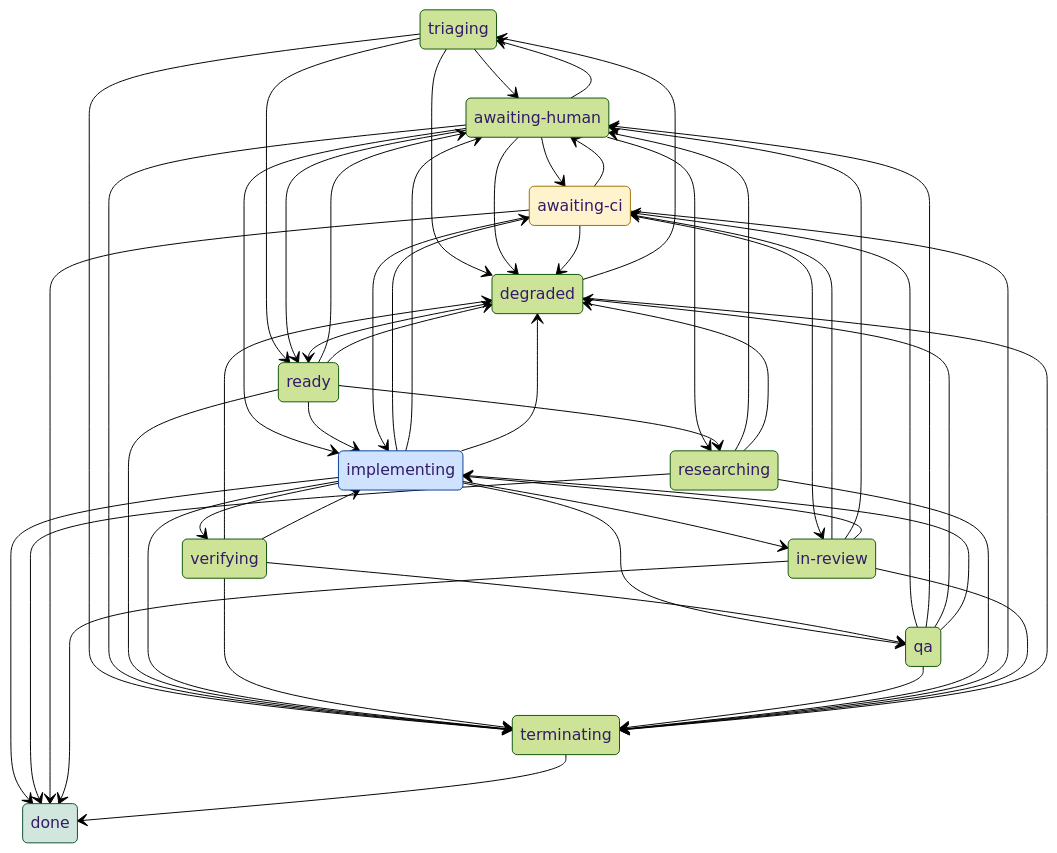
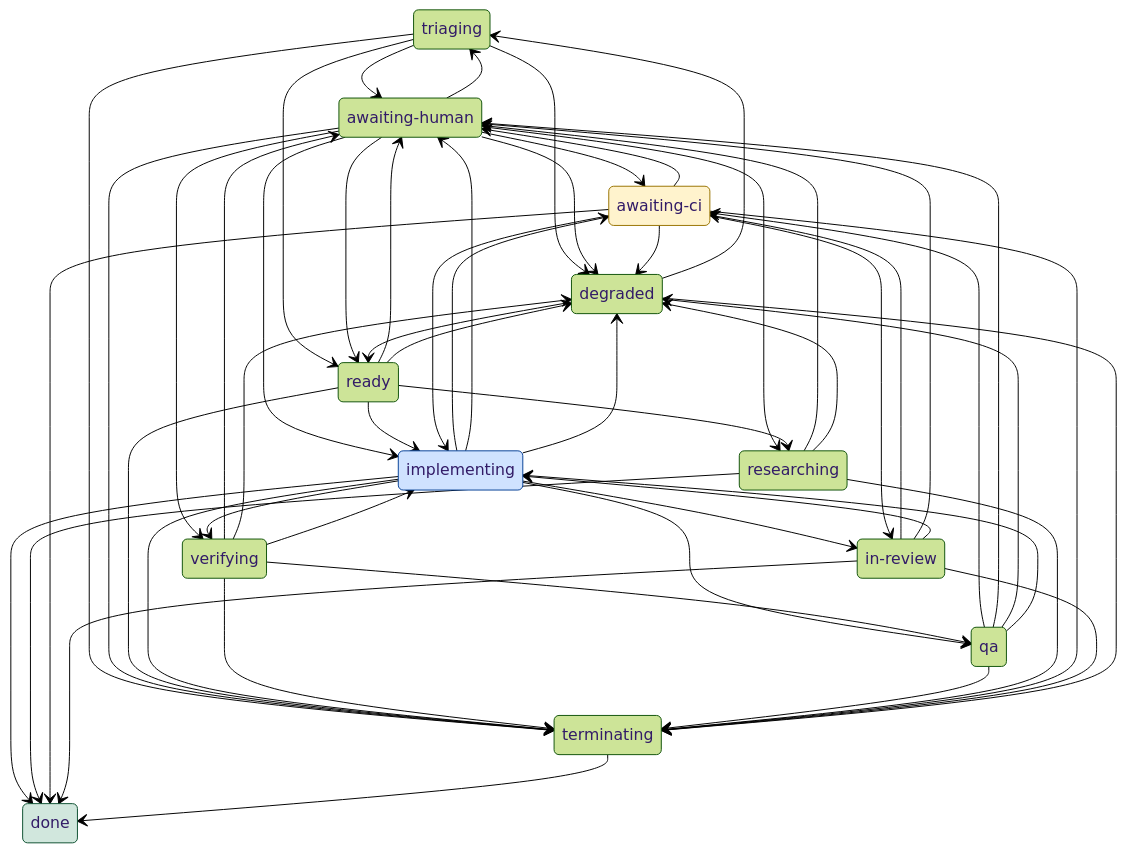
One commit to cortop/maestro changed the diagram in docs/state-machine.md. Above: the diagram before and after it, drawn with Mermaid (forest theme). The commit also changed 13 other files, not shown here.

````diff
--- a/docs/state-machine.md
+++ b/docs/state-machine.md
@@ -7,74 +7,76 @@
 ```mermaid
 stateDiagram-v2
     state "triaging" as triaging
     state "awaiting-human" as awaiting_human
     state "ready" as ready
     state "implementing" as implementing
     state "verifying" as verifying
     state "qa" as qa
     state "researching" as researching
     state "awaiting-ci" as awaiting_ci
     state "in-review" as in_review
     state "degraded" as degraded
     state "terminating" as terminating
     state "done" as done
     triaging --> awaiting_human
     triaging --> degraded
     triaging --> ready
     triaging --> terminating
     awaiting_human --> awaiting_ci
     awaiting_human --> degraded
     awaiting_human --> implementing
     awaiting_human --> ready
     awaiting_human --> researching
     awaiting_human --> terminating
     awaiting_human --> triaging
+    awaiting_human --> verifying
     ready --> awaiting_human
     ready --> degraded
     ready --> implementing
     ready --> researching
     ready --> terminating
     implementing --> awaiting_ci
     implementing --> awaiting_human
     implementing --> degraded
     implementing --> done
     implementing --> in_review
     implementing --> qa
     implementing --> terminating
     implementing --> verifying
+    verifying --> awaiting_human
     verifying --> degraded
     verifying --> implementing
     verifying --> qa
     verifying --> terminating
     qa --> awaiting_ci
     qa --> awaiting_human
     qa --> degraded
     qa --> implementing
     qa --> terminating
     researching --> awaiting_human
     researching --> degraded
     researching --> done
     researching --> terminating
     awaiting_ci --> awaiting_human
     awaiting_ci --> degraded
     awaiting_ci --> done
     awaiting_ci --> implementing
     awaiting_ci --> in_review
     awaiting_ci --> terminating
     in_review --> awaiting_ci
     in_review --> awaiting_human
     in_review --> done
     in_review --> implementing
     in_review --> terminating
     degraded --> ready
     degraded --> terminating
     degraded --> triaging
     terminating --> done
 
     classDef sleeping fill:#fff3cd,stroke:#997404
     classDef terminal fill:#d1e7dd,stroke:#0f5132
     classDef active fill:#cfe2ff,stroke:#084298
     class awaiting_ci awaiting_human degraded in_review verifying sleeping
     class done terminal
     class implementing qa ready researching terminating triaging active
 ```
````
